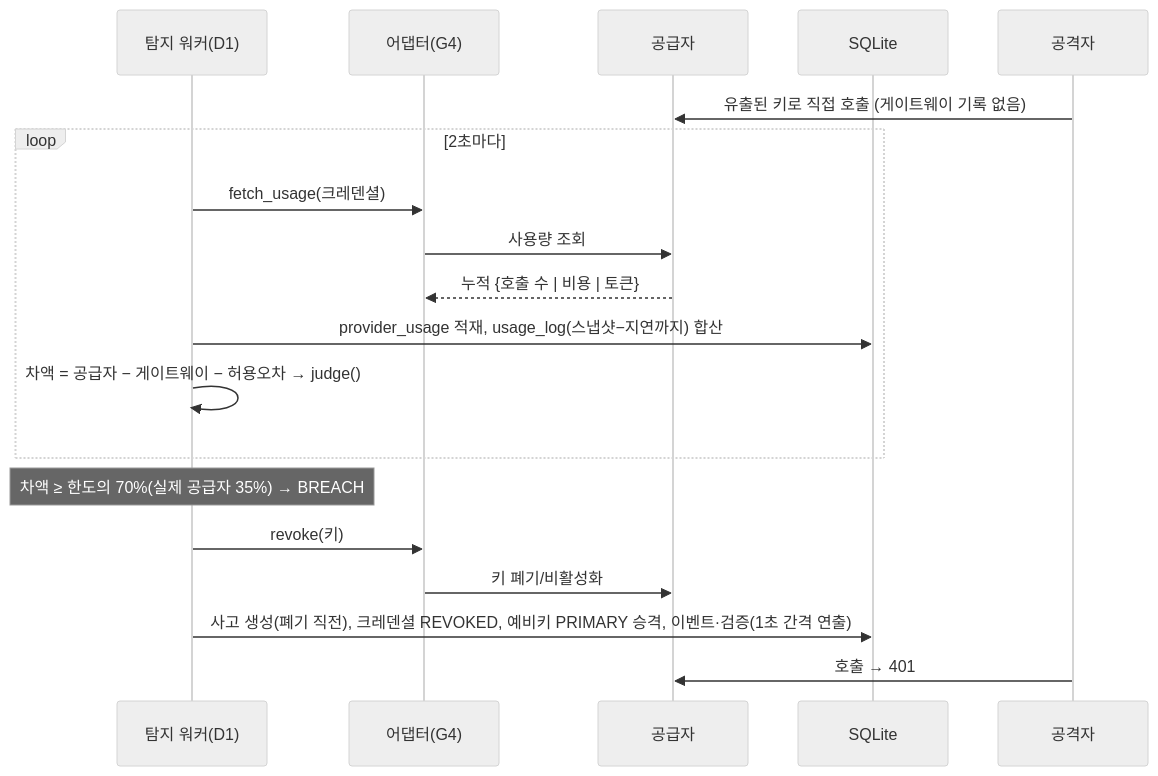
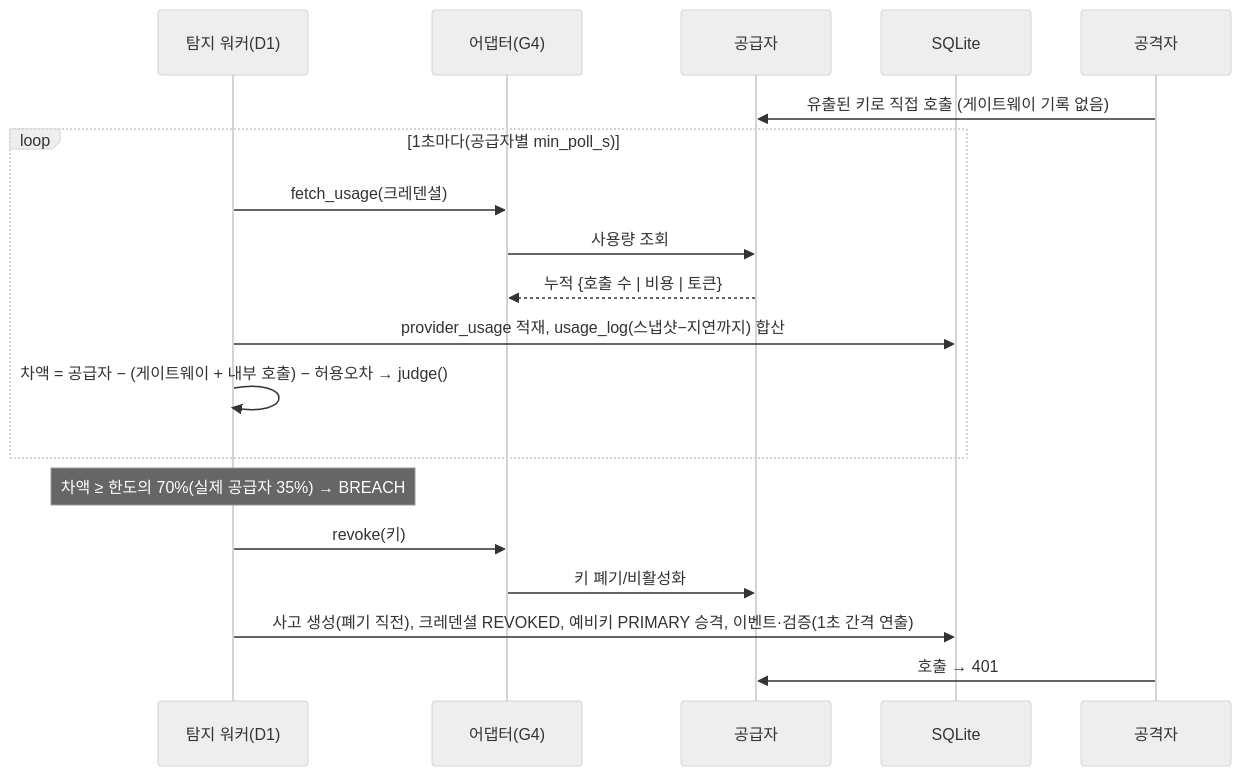
Before and after one commit to Seokyoung-Hong/NovemberApiGateway: the second of 3 diagrams in docs/architecture.md, drawn with Mermaid (neutral theme). The commit also changed other lines of this file and 3 other files, not shown here.

````diff
--- a/docs/architecture.md
+++ b/docs/architecture.md
@@ -159,21 +164,21 @@
 ```mermaid
 sequenceDiagram
     participant W as 탐지 워커(D1)
     participant A as 어댑터(G4)
     participant P as 공급자
     participant DB as SQLite
     participant X as 공격자
     X->>P: 유출된 키로 직접 호출 (게이트웨이 기록 없음)
-    loop 2초마다
+    loop 1초마다(공급자별 min_poll_s)
         W->>A: fetch_usage(크레덴셜)
         A->>P: 사용량 조회
         P-->>A: 누적 {호출 수 | 비용 | 토큰}
         W->>DB: provider_usage 적재, usage_log(스냅샷−지연까지) 합산
-        W->>W: 차액 = 공급자 − 게이트웨이 − 허용오차 → judge()
+        W->>W: 차액 = 공급자 − (게이트웨이 + 내부 호출) − 허용오차 → judge()
     end
     Note over W: 차액 ≥ 한도의 70%(실제 공급자 35%) → BREACH
     W->>A: revoke(키)
     A->>P: 키 폐기/비활성화
     W->>DB: 사고 생성(폐기 직전), 크레덴셜 REVOKED, 예비키 PRIMARY 승격, 이벤트·검증(1초 간격 연출)
     X->>P: 호출 → 401
 ```
````
